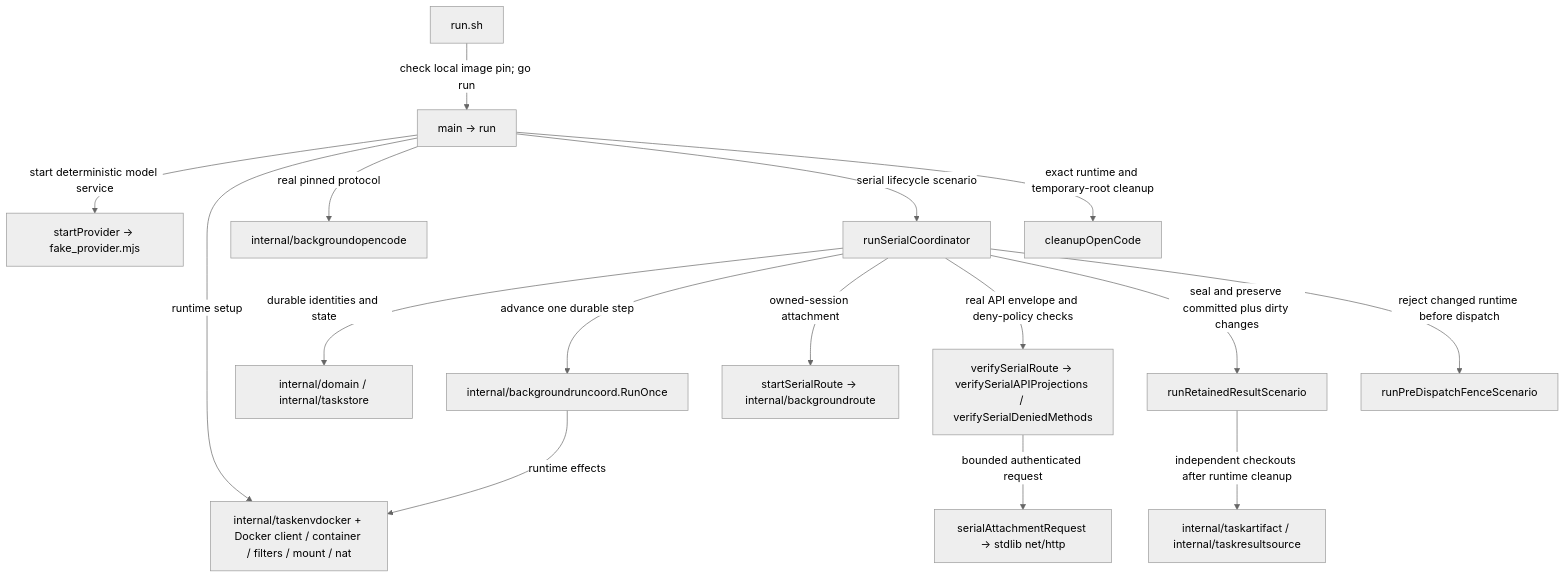
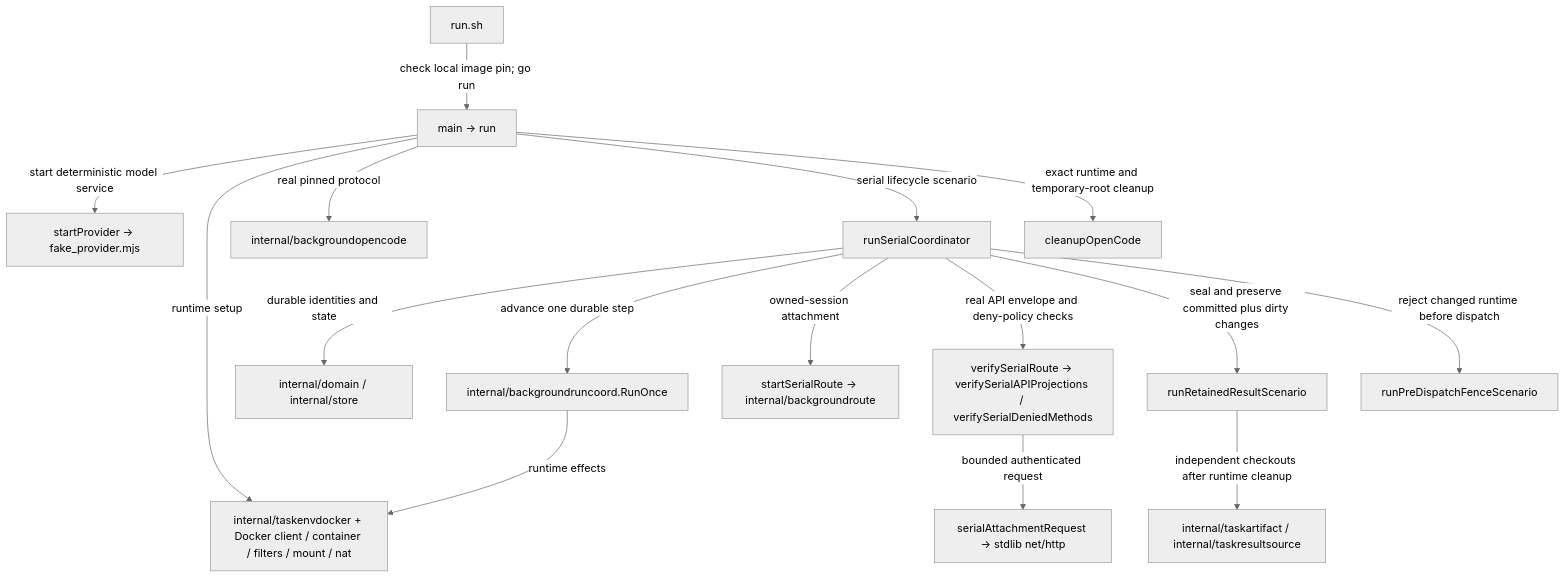
One commit to nebler/fern changed the diagram in integration/background-run-opencode/README.md. Above: the diagram before and after it, drawn with Mermaid (neutral theme). The commit also changed other lines of this file and 66 other files, not shown here.

First line of the commit message:
refactor: rename taskstore to internal/store

````diff
--- a/integration/background-run-opencode/README.md
+++ b/integration/background-run-opencode/README.md
@@ -13,18 +13,18 @@
 ```mermaid
 flowchart TD
   shell["run.sh"] -->|"check local image pin; go run"| main["main -> run"]
   main -->|"start deterministic model service"| start["startProvider -> fake_provider.mjs"]
   main -->|"runtime setup"| provider["internal/taskenvdocker + Docker client / container / filters / mount / nat"]
   main -->|"real pinned protocol"| protocol["internal/backgroundopencode"]
   main -->|"serial lifecycle scenario"| serial["runSerialCoordinator"]
-  serial -->|"durable identities and state"| store["internal/domain / internal/taskstore"]
+  serial -->|"durable identities and state"| store["internal/domain / internal/store"]
   serial -->|"advance one durable step"| coord["internal/backgroundruncoord.RunOnce"]
   coord -->|"runtime effects"| provider
   serial -->|"owned-session attachment"| route["startSerialRoute -> internal/backgroundroute"]
   serial -->|"real API envelope and deny-policy checks"| attach["verifySerialRoute -> verifySerialAPIProjections / verifySerialDeniedMethods"]
   attach -->|"bounded authenticated request"| req["serialAttachmentRequest -> stdlib net/http"]
   serial -->|"seal and preserve committed plus dirty changes"| retain["runRetainedResultScenario"]
   retain -->|"independent checkouts after runtime cleanup"| artifact["internal/taskartifact / internal/taskresultsource"]
   serial -->|"reject changed runtime before dispatch"| fence["runPreDispatchFenceScenario"]
   main -->|"exact runtime and temporary-root cleanup"| cleanup["cleanupOpenCode"]
 ```
````
